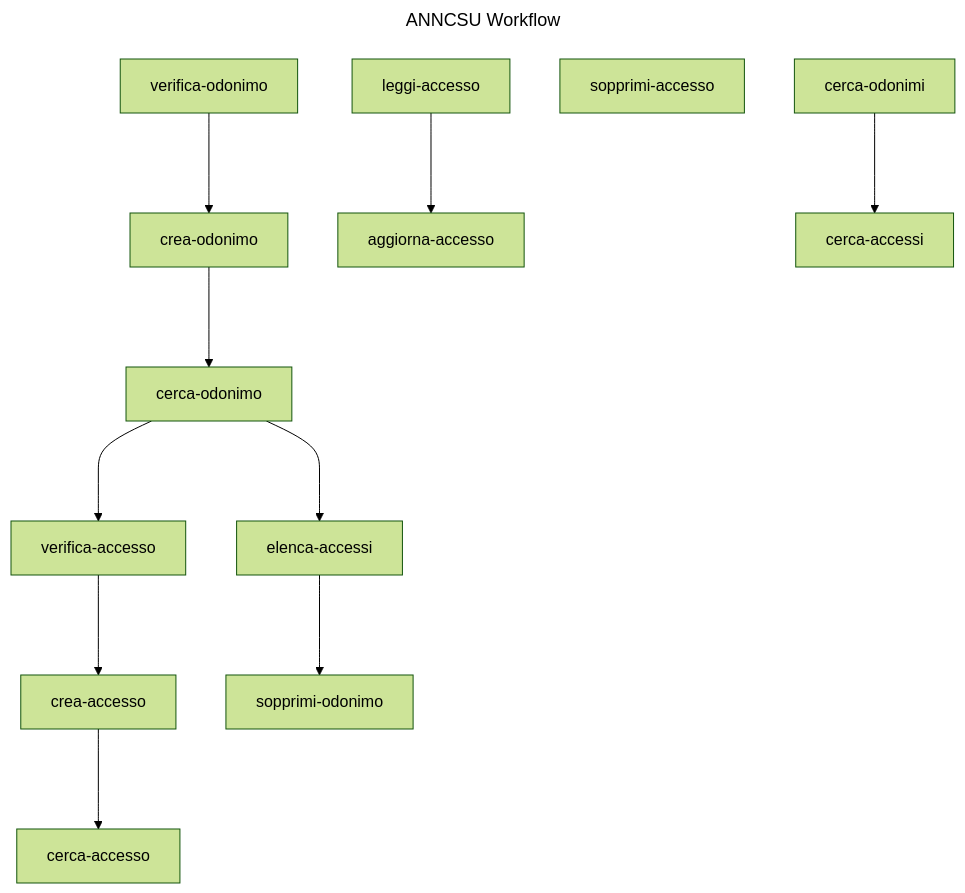
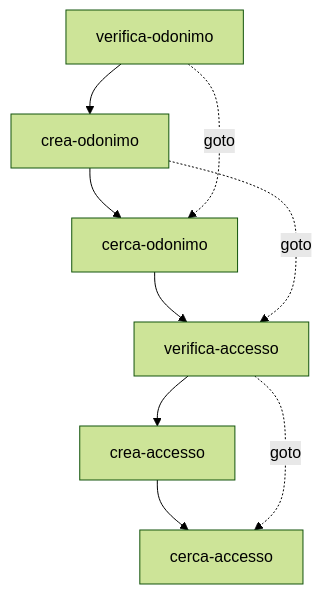
One commit to anncsu-open/anncsu-workflow-api changed the first of 5 diagrams in docs/workflows.md. Above: the diagram before and after it, drawn with Mermaid (forest theme). The commit also changed other lines of this file and 3 other files, not shown here.

````diff
--- a/docs/workflows.md
+++ b/docs/workflows.md
@@ -9,29 +11,17 @@
 ```mermaid
----
-title: ANNCSU Workflow
----
 graph TD
-verifica_odonimo["verifica-odonimo"]
-crea_odonimo["crea-odonimo"]
-cerca_odonimo["cerca-odonimo"]
-verifica_accesso["verifica-accesso"]
-crea_accesso["crea-accesso"]
-cerca_accesso["cerca-accesso"]
-leggi_accesso["leggi-accesso"]
-aggiorna_accesso["aggiorna-accesso"]
-cerca_odonimo["cerca-odonimo"]
-elenca_accessi["elenca-accessi"]
-sopprimi_odonimo["sopprimi-odonimo"]
-sopprimi_accesso["sopprimi-accesso"]
-cerca_odonimi["cerca-odonimi"]
-cerca_accessi["cerca-accessi"]
-verifica_odonimo ---> crea_odonimo
-crea_odonimo ---> cerca_odonimo
-cerca_odonimo ---> verifica_accesso
-verifica_accesso ---> crea_accesso
-crea_accesso ---> cerca_accesso
-leggi_accesso ---> aggiorna_accesso
-cerca_odonimo ---> elenca_accessi
-elenca_accessi ---> sopprimi_odonimo
-cerca_odonimi ---> cerca_accessi
+  verifica_odonimo["verifica-odonimo"]
+  crea_odonimo["crea-odonimo"]
+  cerca_odonimo["cerca-odonimo"]
+  verifica_accesso["verifica-accesso"]
+  crea_accesso["crea-accesso"]
+  cerca_accesso["cerca-accesso"]
+  verifica_odonimo --> crea_odonimo
+  crea_odonimo --> cerca_odonimo
+  cerca_odonimo --> verifica_accesso
+  verifica_accesso --> crea_accesso
+  crea_accesso --> cerca_accesso
+  verifica_odonimo -. goto .-> cerca_odonimo
+  crea_odonimo -. goto .-> verifica_accesso
+  verifica_accesso -. goto .-> cerca_accesso
 ```
````
